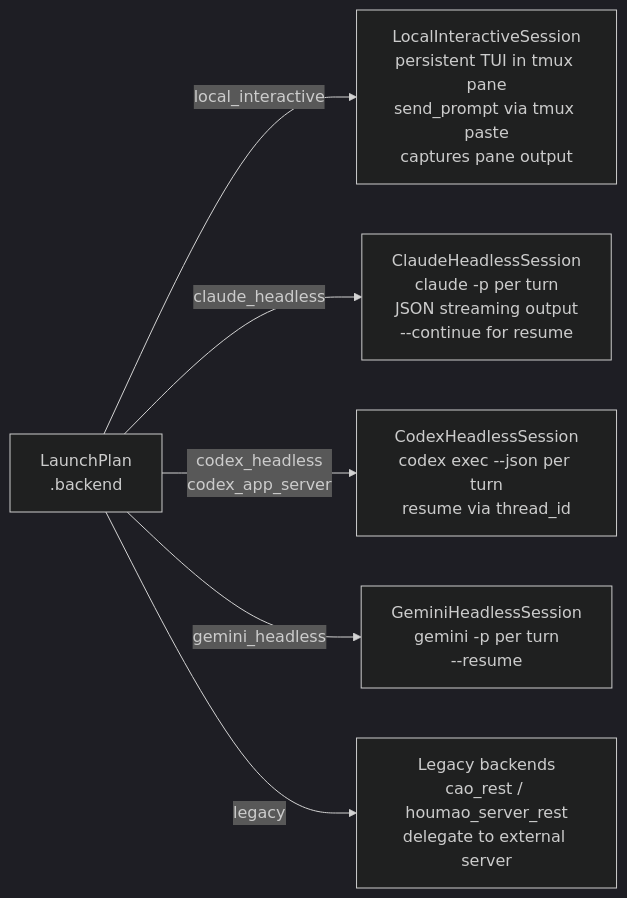
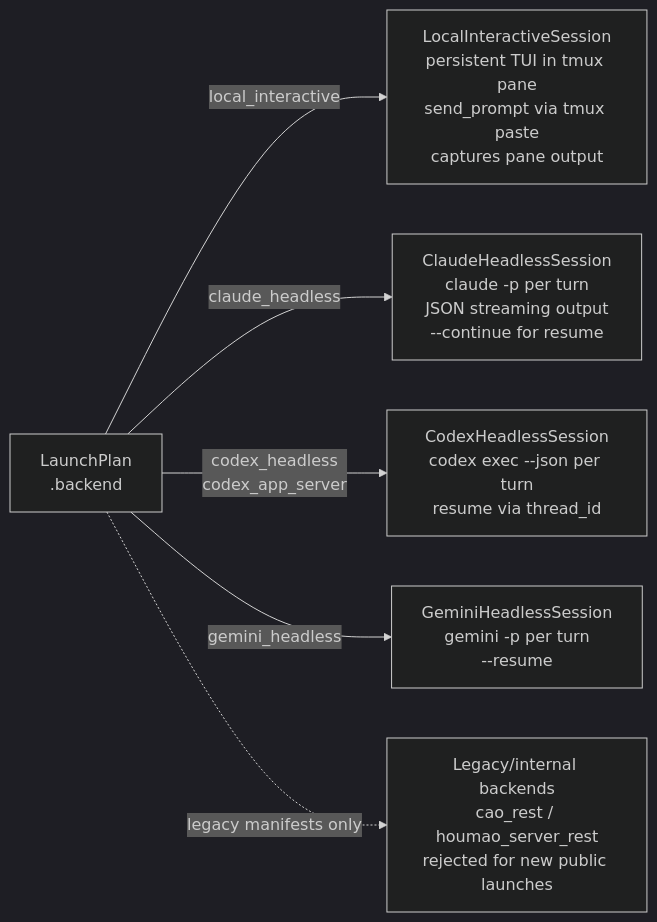
The diagram in docs/reference/run-phase/backends.md (igamenovoer/houmao), drawn with Mermaid (dark theme) before and after one commit. The commit also changed other lines of this file and 90 other files, not shown here.

````diff
--- a/docs/reference/run-phase/backends.md
+++ b/docs/reference/run-phase/backends.md
@@ -23,16 +23,16 @@
 ```mermaid
 flowchart LR
     LP["LaunchPlan<br/>.backend"]
 
     LI["LocalInteractiveSession<br/>persistent TUI in tmux pane<br/>send_prompt via tmux paste<br/>captures pane output"]
     CH["ClaudeHeadlessSession<br/>claude -p per turn<br/>JSON streaming output<br/>--continue for resume"]
     CX["CodexHeadlessSession<br/>codex exec --json per turn<br/>resume via thread_id"]
     GH["GeminiHeadlessSession<br/>gemini -p per turn<br/>--resume <session_id>"]
-    LEG["Legacy backends<br/>cao_rest / houmao_server_rest<br/>delegate to external server"]
+    LEG["Legacy/internal backends<br/>cao_rest / houmao_server_rest<br/>rejected for new public launches"]
 
     LP -->|local_interactive| LI
     LP -->|claude_headless| CH
     LP -->|codex_headless<br/>codex_app_server| CX
     LP -->|gemini_headless| GH
-    LP -->|legacy| LEG
+    LP -.->|legacy manifests only| LEG
 ```
````
